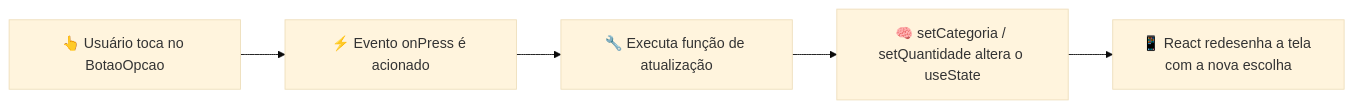
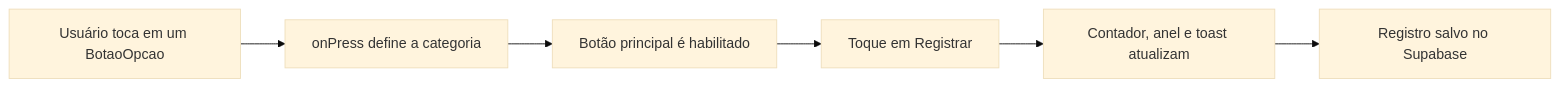
The diagram in README.md (roseniltonlopes/blueprint-app), drawn with Mermaid (base theme) before and after one commit. The commit also changed other lines of this file and 17 other files, not shown here.

````diff
--- a/README.md
+++ b/README.md
@@ -76,7 +104,8 @@
 ```mermaid
 flowchart LR
-    A["👆 Usuário toca no BotaoOpcao"] --> B["⚡ Evento onPress é acionado"]
-    B --> C["🔧 Executa função de atualização"]
-    C --> D["🧠 setCategoria / setQuantidade altera o useState"]
-    D --> E["📱 React redesenha a tela com a nova escolha"]
+    A["Usuário toca em um BotaoOpcao"] --> B["onPress define a categoria"]
+    B --> C["Botão principal é habilitado"]
+    C --> D["Toque em Registrar"]
+    D --> E["Contador, anel e toast atualizam"]
+    E --> F["Registro salvo no Supabase"]
 ```
````
